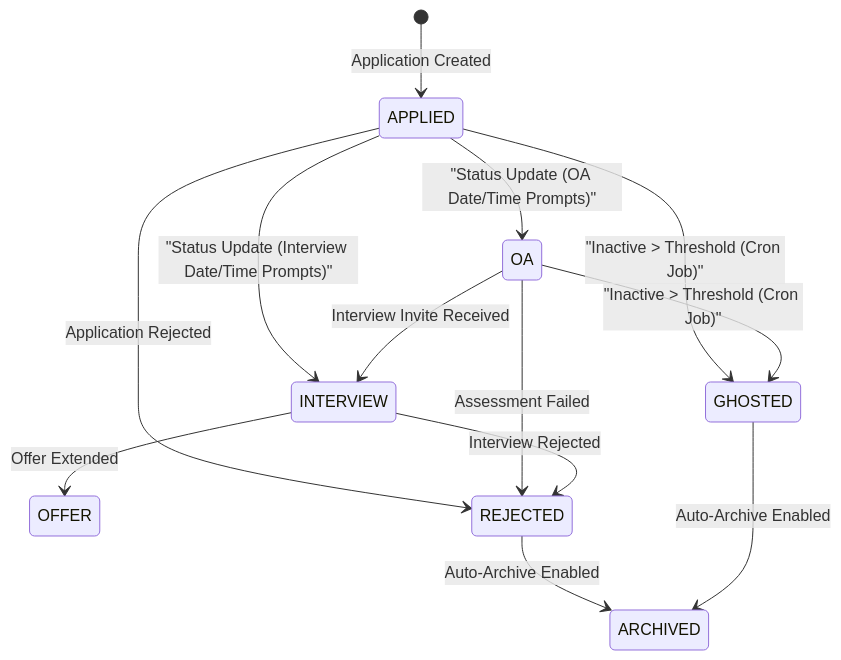
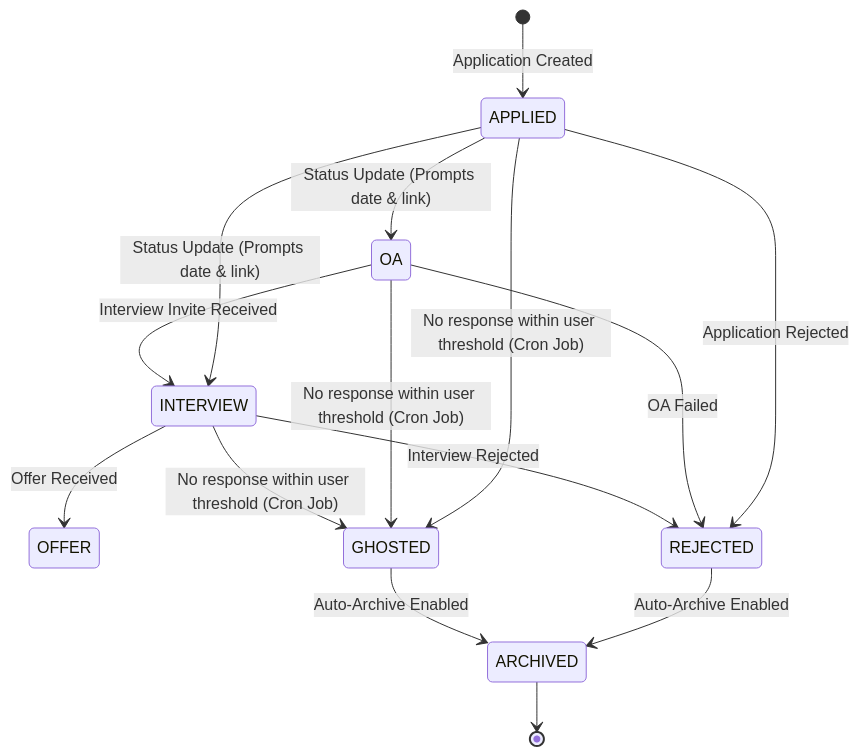
One commit to vaibhv19/Trajectory changed the third of 3 diagrams in Docs/App Flow.md. Above: the diagram before and after it, drawn with Mermaid. The commit also changed other lines of this file and 31 other files, not shown here.

````diff
--- a/Docs/App Flow.md
+++ b/Docs/App Flow.md
@@ -72,18 +124,21 @@
 ```mermaid
 stateDiagram-v2
     [*] --> APPLIED : Application Created
-    APPLIED --> OA : "Status Update (OA Date/Time Prompts)"
-    APPLIED --> INTERVIEW : "Status Update (Interview Date/Time Prompts)"
+    APPLIED --> OA : Status Update (Prompts date & link)
+    APPLIED --> INTERVIEW : Status Update (Prompts date & link)
     OA --> INTERVIEW : Interview Invite Received
-    INTERVIEW --> OFFER : Offer Extended
+    INTERVIEW --> OFFER : Offer Received
     
     APPLIED --> REJECTED : Application Rejected
-    OA --> REJECTED : Assessment Failed
+    OA --> REJECTED : OA Failed
     INTERVIEW --> REJECTED : Interview Rejected
     
-    APPLIED --> GHOSTED : "Inactive > Threshold (Cron Job)"
-    OA --> GHOSTED : "Inactive > Threshold (Cron Job)"
-    
+    APPLIED --> GHOSTED : No response within user threshold (Cron Job)
+    OA --> GHOSTED : No response within user threshold (Cron Job)
+    INTERVIEW --> GHOSTED : No response within user threshold (Cron Job)
+
     REJECTED --> ARCHIVED : Auto-Archive Enabled
     GHOSTED --> ARCHIVED : Auto-Archive Enabled
+    
+    ARCHIVED --> [*]
 ```
````
